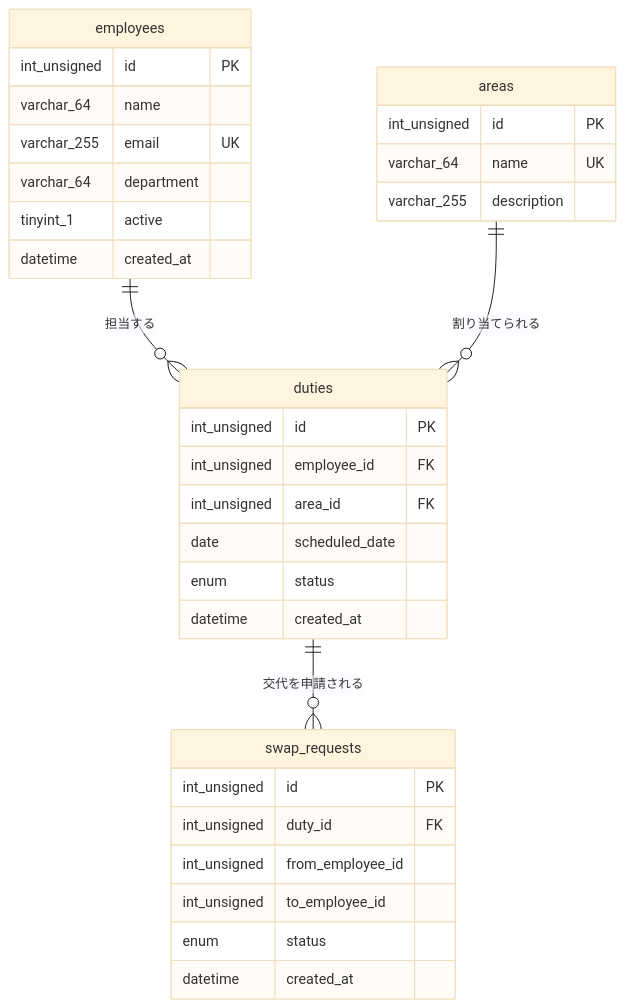
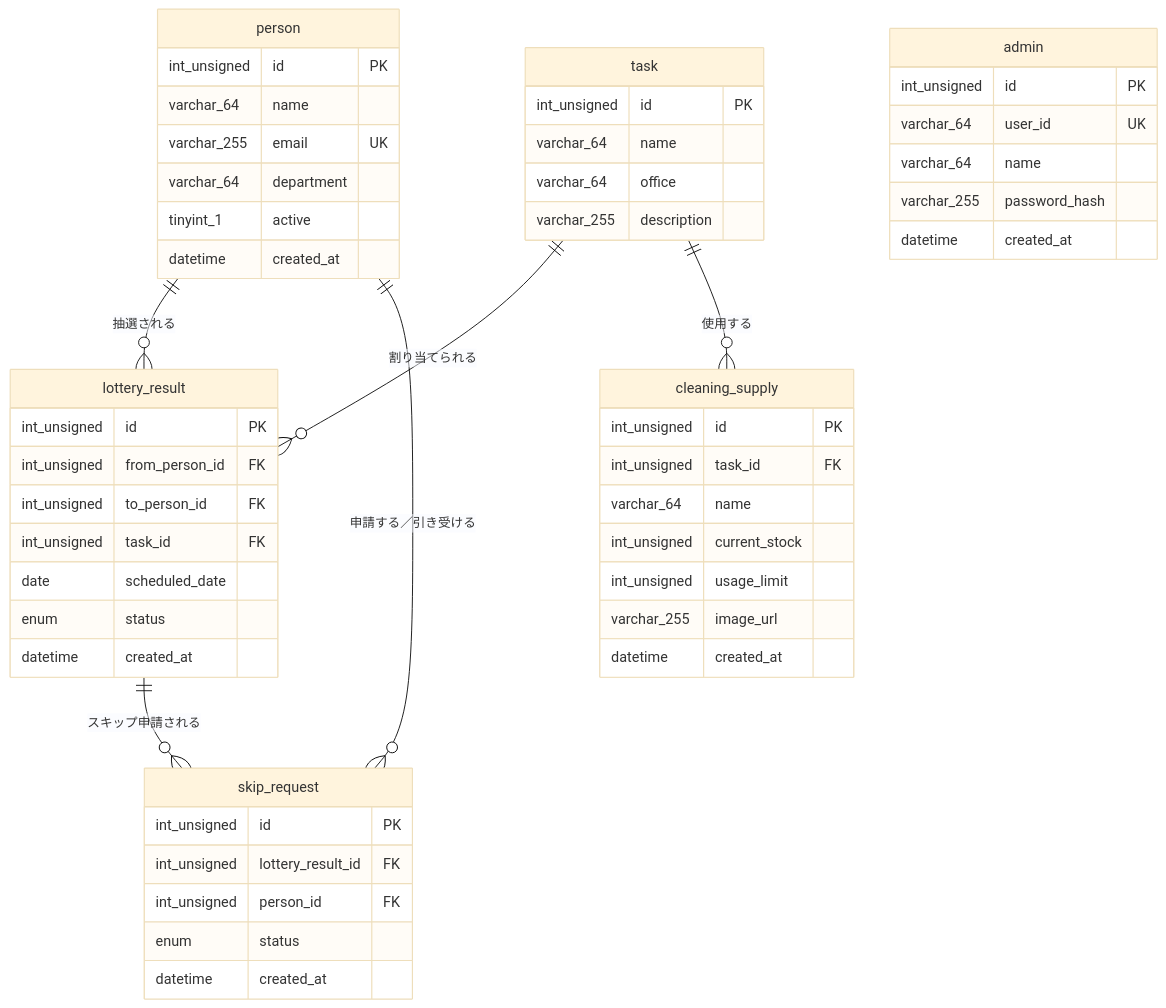
One commit to dichimaru/hackason2026 changed the diagram in docs/table-definition.md. Above: the diagram before and after it, drawn with Mermaid (base theme). The commit also changed other lines of this file and 10 other files, not shown here.

````diff
--- a/docs/table-definition.md
+++ b/docs/table-definition.md
@@ -29,36 +25,55 @@
 ```mermaid
 erDiagram
-    employees ||--o{ duties : "担当する"
-    areas     ||--o{ duties : "割り当てられる"
-    duties    ||--o{ swap_requests : "交代を申請される"
+    person ||--o{ lottery_result : "抽選される"
+    task ||--o{ lottery_result : "割り当てられる"
+    task ||--o{ cleaning_supply : "使用する"
+    lottery_result ||--o{ skip_request : "スキップ申請される"
+    person ||--o{ skip_request : "申請する／引き受ける"
 
-    employees {
+    person {
         int_unsigned id PK
-        varchar_64  name
+        varchar_64 name
         varchar_255 email UK
-        varchar_64  department
-        tinyint_1   active
-        datetime    created_at
+        varchar_64 department
+        tinyint_1 active
+        datetime created_at
     }
-    areas {
+    task {
         int_unsigned id PK
-        varchar_64  name UK
+        varchar_64 name
+        varchar_64 office
         varchar_255 description
     }
-    duties {
+    lottery_result {
         int_unsigned id PK
-        int_unsigned employee_id FK
-        int_unsigned area_id FK
-        date         scheduled_date
-        enum         status
-        datetime     created_at
+        int_unsigned from_person_id FK
+        int_unsigned to_person_id FK
+        int_unsigned task_id FK
+        date scheduled_date
+        enum status
+        datetime created_at
     }
-    swap_requests {
+    skip_request {
         int_unsigned id PK
-        int_unsigned duty_id FK
-        int_unsigned from_employee_id
-        int_unsigned to_employee_id
-        enum         status
-        datetime     created_at
+        int_unsigned lottery_result_id FK
+        int_unsigned person_id FK
+        enum status
+        datetime created_at
+    }
+    cleaning_supply {
+        int_unsigned id PK
+        int_unsigned task_id FK
+        varchar_64 name
+        int_unsigned current_stock
+        int_unsigned usage_limit
+        varchar_255 image_url
+        datetime created_at
+    }
+    admin {
+        int_unsigned id PK
+        varchar_64 user_id UK
+        varchar_64 name
+        varchar_255 password_hash
+        datetime created_at
     }
 ```
````
